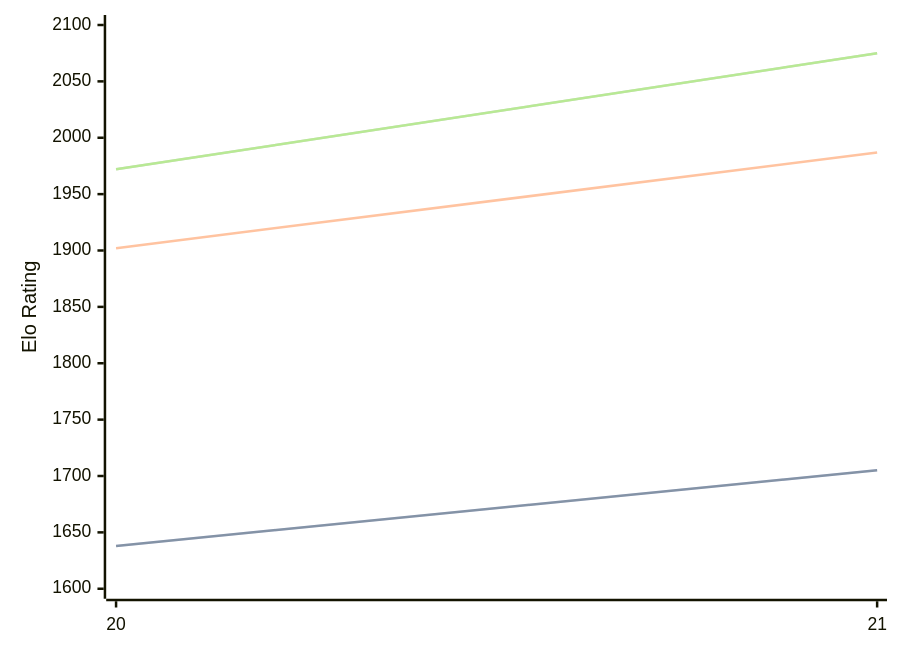
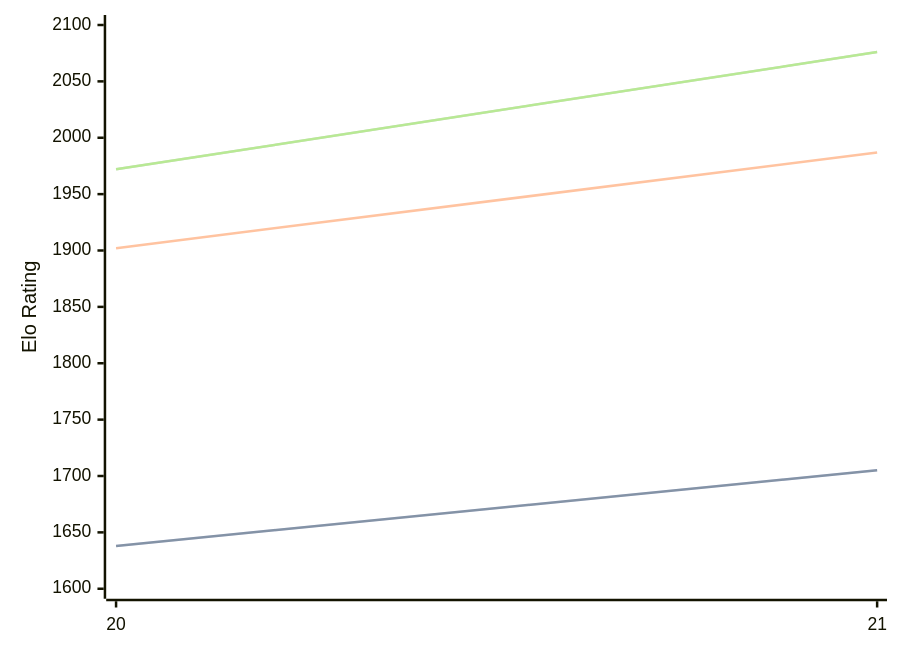
Before and after one commit to computer-chess-index/cci: the diagram in engines/PurplePanda.md, drawn with Mermaid. The commit also changed other lines of this file, not shown here.

Commit message:
Update CCI Ratings (ELO VLTC) - 2026-08-15

````diff
--- a/engines/PurplePanda.md
+++ b/engines/PurplePanda.md
@@ -32,11 +32,11 @@
 ```mermaid
 %%{init: {"theme":"base","themeVariables":{"seriesColors:['#a3a3a3','#222221','#faa371']}}}%%
 xychart-beta
   x-axis ["20", "21"]
   y-axis "Elo Rating" 1600 --> 2100
   line "STC (8.0+0.08s)" [1638, 1705]
   line "STC (8.0+0.08s)" [1638, 1705]
   line "LTC (60.0+0.60s)" [1902, 1987]
-  line "VLTC (2m24s+1.12s)" [1972, 2075]
-  line "VLTC (2m24s+1.12s)" [1972, 2075]
+  line "VLTC (2m24s+1.12s)" [1972, 2076]
+  line "VLTC (2m24s+1.12s)" [1972, 2076]
 ```
````
